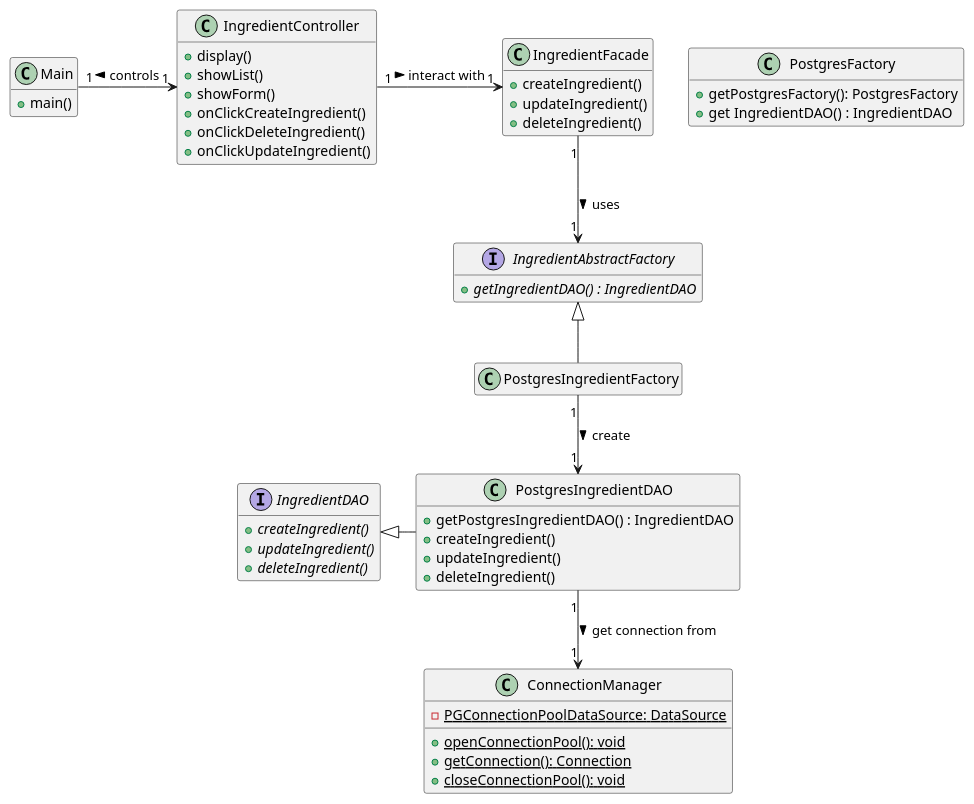
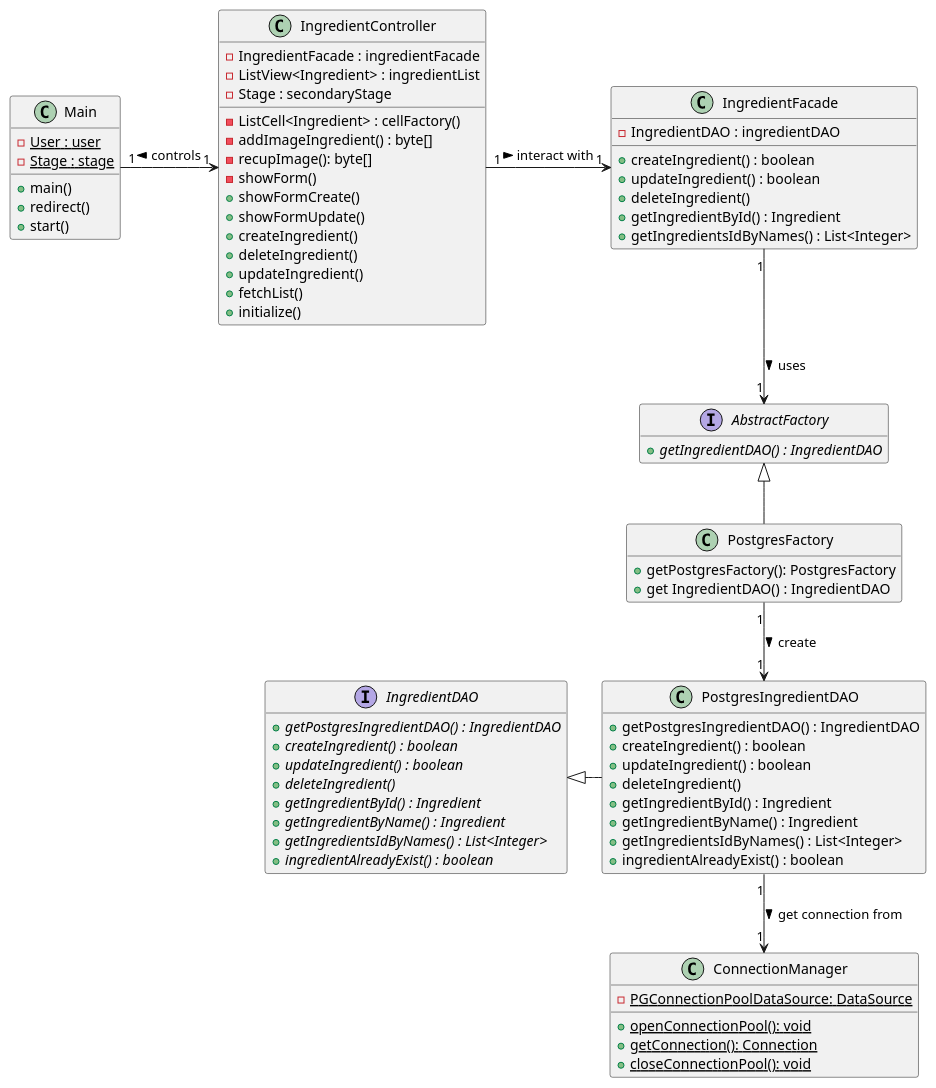
One commit to iusildra/WineCellar changed the diagram in doc/reports/prototype/plantuml/IngredientManagement/ingredientClassDiagram.plantuml. Above: the diagram before and after it, drawn with PlantUML. The commit also changed 3 other files, not shown here.

Commit message:
correctif imageView + diagramme class

```diff
--- a/doc/reports/prototype/plantuml/IngredientManagement/ingredientClassDiagram.plantuml
+++ b/doc/reports/prototype/plantuml/IngredientManagement/ingredientClassDiagram.plantuml
@@ -1,67 +1,93 @@
 @startuml IngredientClassDiagram
 hide empty members
 
 class Main {
+  - {static} User : user
+  - {static} Stage : stage
   + main()
+  + redirect()
+  + start()
 }
 
 class IngredientController {
-  + display()
-  + showList()
-  + showForm()
-  + onClickCreateIngredient()
-  + onClickDeleteIngredient()
-  + onClickUpdateIngredient()
+  - IngredientFacade : ingredientFacade
+  - ListView<Ingredient> : ingredientList
+  - Stage : secondaryStage
+  - ListCell<Ingredient> : cellFactory()
+  - addImageIngredient() : byte[]
+  - recupImage(): byte[]
+  - showForm()
+  + showFormCreate()
+  + showFormUpdate()
+  + createIngredient()
+  + deleteIngredient()
+  + updateIngredient()
+  + fetchList()
+  + initialize()
+
 }
 
 
 class IngredientFacade {
-  + createIngredient()
-  + updateIngredient()
+  - IngredientDAO : ingredientDAO
+  + createIngredient() : boolean
+  + updateIngredient() : boolean
   + deleteIngredient()
+  + getIngredientById() : Ingredient
+  + getIngredientsIdByNames() : List<Integer>
 }
 
 
-interface IngredientAbstractFactory {
+interface AbstractFactory {
   + {abstract} getIngredientDAO() : IngredientDAO
 
 }
 
 
 class PostgresFactory {
   + getPostgresFactory(): PostgresFactory
   + get IngredientDAO() : IngredientDAO
 }
 
 
 Interface IngredientDAO {
-  + {abstract} createIngredient()
-  + {abstract} updateIngredient()
+  + {abstract} getPostgresIngredientDAO() : IngredientDAO
+  + {abstract} createIngredient() : boolean
+  + {abstract} updateIngredient() : boolean
   + {abstract} deleteIngredient()
+  + {abstract} getIngredientById() : Ingredient
+  + {abstract} getIngredientByName() : Ingredient
+  + {abstract} getIngredientsIdByNames() : List<Integer>
+  + {abstract} ingredientAlreadyExist() : boolean
 }
 
 
 class PostgresIngredientDAO{
   + getPostgresIngredientDAO() : IngredientDAO
-  + createIngredient()
-  + updateIngredient()
+  + createIngredient() : boolean
+  + updateIngredient() : boolean
   + deleteIngredient()
+  + getIngredientById() : Ingredient
+  + getIngredientByName() : Ingredient
+  + getIngredientsIdByNames() : List<Integer>
+  + ingredientAlreadyExist() : boolean
+
 }
 
 
 class ConnectionManager {
   - {static} PGConnectionPoolDataSource: DataSource
   + {static} openConnectionPool(): void
   + {static} getConnection(): Connection
   + {static} closeConnectionPool(): void
 }
 
-PostgresIngredientFactory -u-|> IngredientAbstractFactory
+PostgresFactory -u-|> AbstractFactory
 PostgresIngredientDAO     -l-|> IngredientDAO
 
-Main            "1" -r-> "1" IngredientController: <  controls
+Main                      "1" -r-> "1" IngredientController: <  controls
 IngredientController      "1" -r-> "1" IngredientFacade: > interact with
-IngredientFacade          "1" --> "1" IngredientAbstractFactory: > uses
-PostgresIngredientFactory "1" --> "1" PostgresIngredientDAO: > create
+IngredientFacade          "1" --> "1" AbstractFactory: > uses
+PostgresFactory           "1" --> "1" PostgresIngredientDAO: > create
 PostgresIngredientDAO     "1" --> "1" ConnectionManager:> get connection from
 @enduml
```
